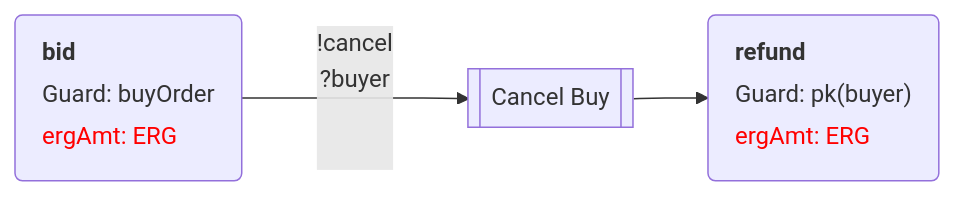
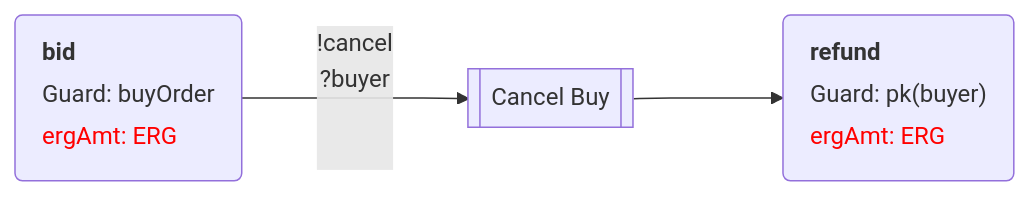
Before and after one commit to RalfWeiss/ergo-course-summary: the third of 3 diagrams in ergoscript/example-contracts/dex-flowcard.md, drawn with Mermaid. The commit also changed other lines of this file, not shown here.

````diff
--- a/ergoscript/example-contracts/dex-flowcard.md
+++ b/ergoscript/example-contracts/dex-flowcard.md
@@ -100,24 +105,24 @@
 ```mermaid
 flowchart LR
 
   %% adjust margin-top: lines = 5; margin-top -12ex --> (lines-1) * 3 ex
   bid("<table style='text-align:left; margin-top: -12ex; margin-bottom: 0;' > 
     <tr><th '><b>bid</b></th></tr> 
     <tr><td >Guard: buyOrder</td></tr> 
     <tr><td style='color:red'>ergAmt: ERG</td></tr> 
     </table>  ")
 
   %% adjust margin-top: lines = 5; margin-top -12ex --> (lines-1) * 3 ex
   refund("<table style='text-align:left; margin-top: -12ex; margin-bottom: 0;' > 
     <tr><th '><b>refund</b></th></tr> 
     <tr><td >Guard: pk(buyer)</td></tr> 
     <tr><td style='color:red'>ergAmt: ERG</td></tr> 
     </table>  ")
 
 
   T[["Cancel Buy"]]
 
   bid -- "!cancel<br/>?buyer<br/><br/><br/>" ---> T
-  T --> refund
+  T ---> refund
 
 ```
````
